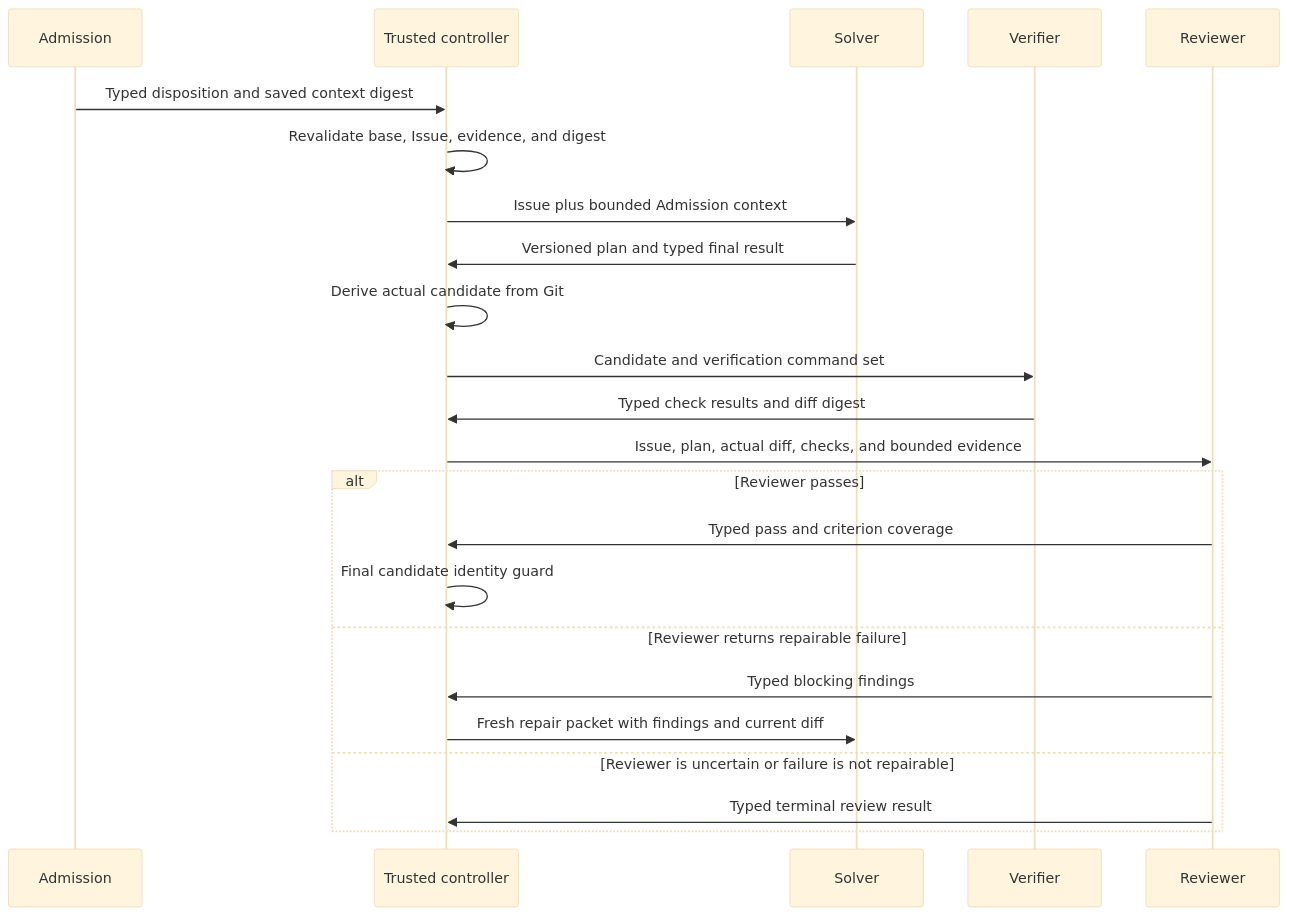
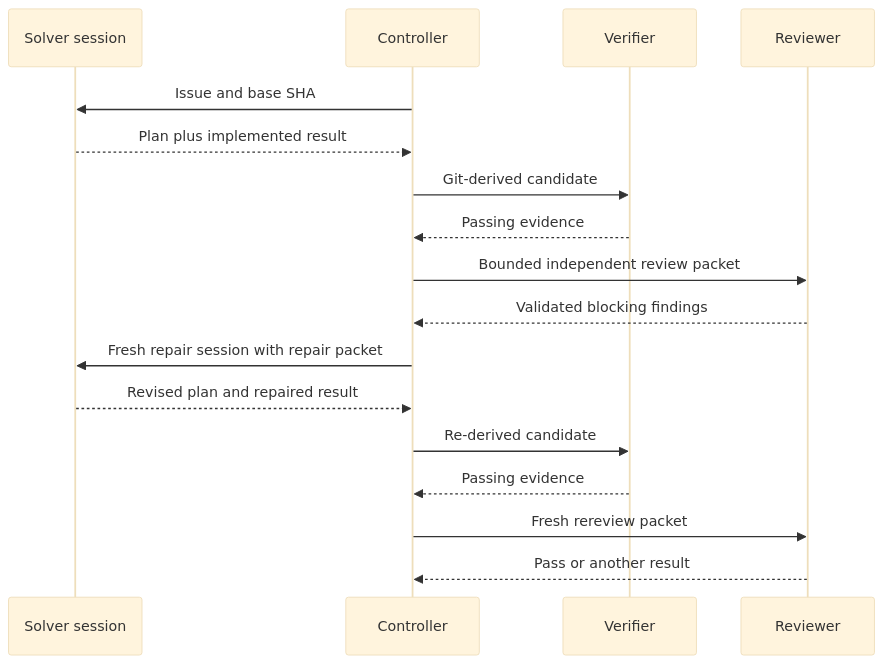
The third of 3 diagrams in specs/20_CURRENT_PROJECT_STATUS.md (24aysh/sage), drawn with Mermaid (base theme) before and after one commit. The commit also changed other lines of this file and 4 other files, not shown here.

Commit message:
docs: document solver reviewer runtime

````diff
--- a/specs/20_CURRENT_PROJECT_STATUS.md
+++ b/specs/20_CURRENT_PROJECT_STATUS.md
@@ -306,26 +159,20 @@
 ```mermaid
 sequenceDiagram
-    participant A as Admission
-    participant C as Trusted controller
-    participant S as Solver
+    participant S as Solver session
+    participant C as Controller
     participant V as Verifier
     participant R as Reviewer
 
-    A->>C: Typed disposition and saved context digest
-    C->>C: Revalidate base, Issue, evidence, and digest
-    C->>S: Issue plus bounded Admission context
-    S->>C: Versioned plan and typed final result
-    C->>C: Derive actual candidate from Git
-    C->>V: Candidate and verification command set
-    V->>C: Typed check results and diff digest
-    C->>R: Issue, plan, actual diff, checks, and bounded evidence
-    alt Reviewer passes
-        R->>C: Typed pass and criterion coverage
-        C->>C: Final candidate identity guard
-    else Reviewer returns repairable failure
-        R->>C: Typed blocking findings
-        C->>S: Fresh repair packet with findings and current diff
-    else Reviewer is uncertain or failure is not repairable
-        R->>C: Typed terminal review result
-    end
+    C->>S: Issue and base SHA
+    S-->>C: Plan plus implemented result
+    C->>V: Git-derived candidate
+    V-->>C: Passing evidence
+    C->>R: Bounded independent review packet
+    R-->>C: Validated blocking findings
+    C->>S: Fresh repair session with repair packet
+    S-->>C: Revised plan and repaired result
+    C->>V: Re-derived candidate
+    V-->>C: Passing evidence
+    C->>R: Fresh rereview packet
+    R-->>C: Pass or another result
 ```
````
